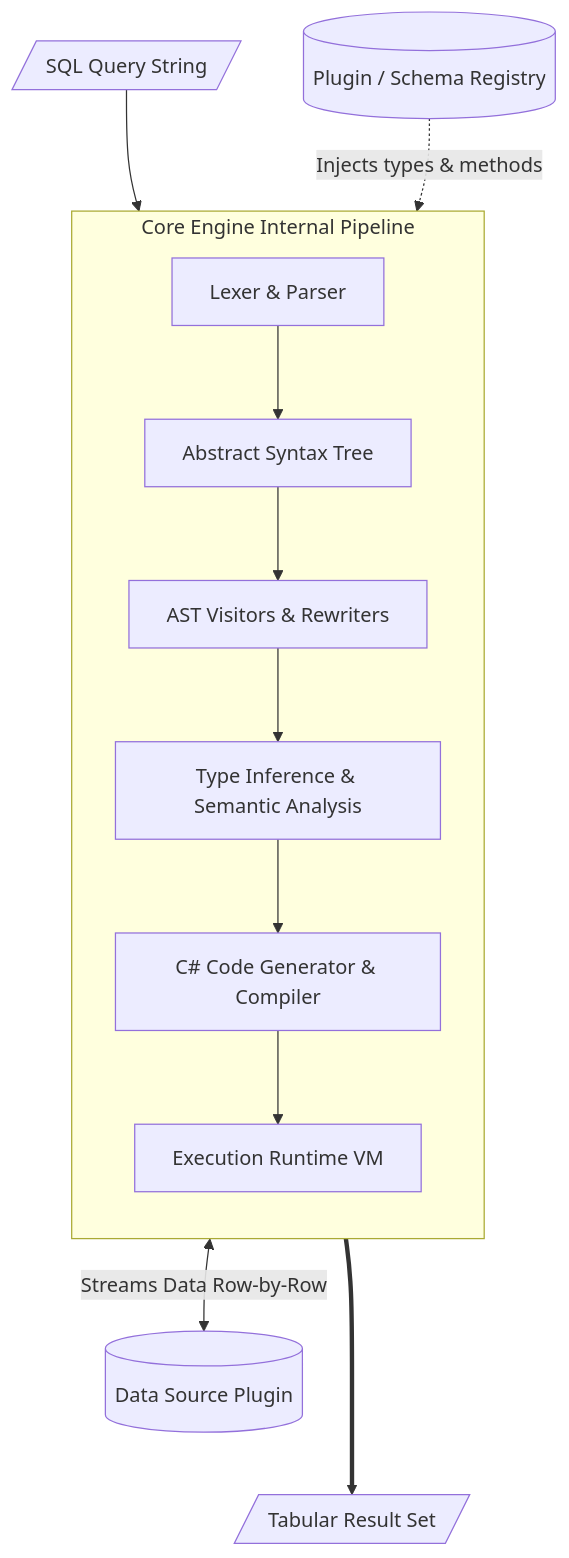
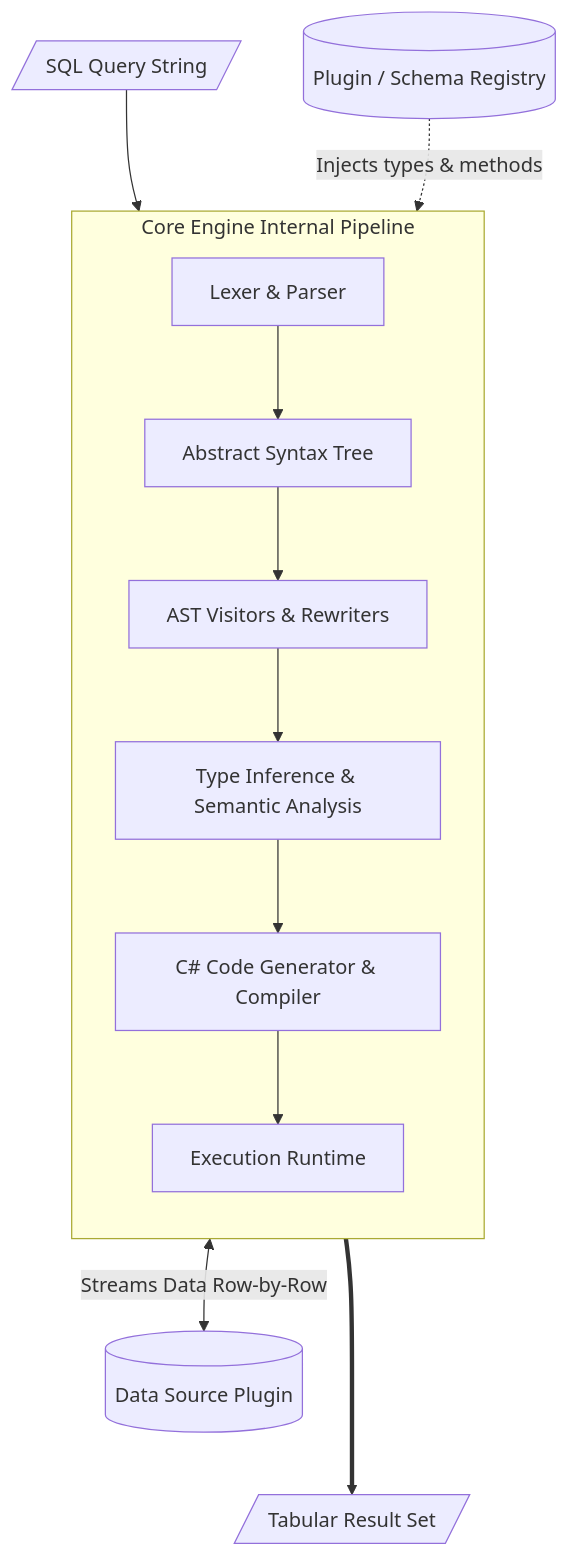
One commit to Puchaczov/Musoq changed the second of 2 diagrams in README.md. Above: the diagram before and after it, drawn with Mermaid. The commit also changed other lines of this file, not shown here.

Commit message:
Update README with additional Musoq commands

````diff
--- a/README.md
+++ b/README.md
@@ -286,17 +286,17 @@
 ```mermaid
 flowchart TD
     SQL[/SQL Query String/] --> Parser
     
     subgraph Engine [Core Engine Internal Pipeline]
         direction TB
         Parser[Lexer & Parser] --> AST[Abstract Syntax Tree]
         AST --> Visitors[AST Visitors & Rewriters]
         Visitors --> Semantic[Type Inference & Semantic Analysis]
         Semantic --> Compiler[C# Code Generator & Compiler]
-        Compiler --> Runtime[Execution Runtime VM]
+        Compiler --> Runtime[Execution Runtime]
     end
     
     Registry[(Plugin / Schema Registry)] -.->|Injects types & methods| Semantic
     Runtime <-->|Streams Data Row-by-Row| DataSource[(Data Source Plugin)]
     Runtime ===> Results[/Tabular Result Set/]
 ```
````
